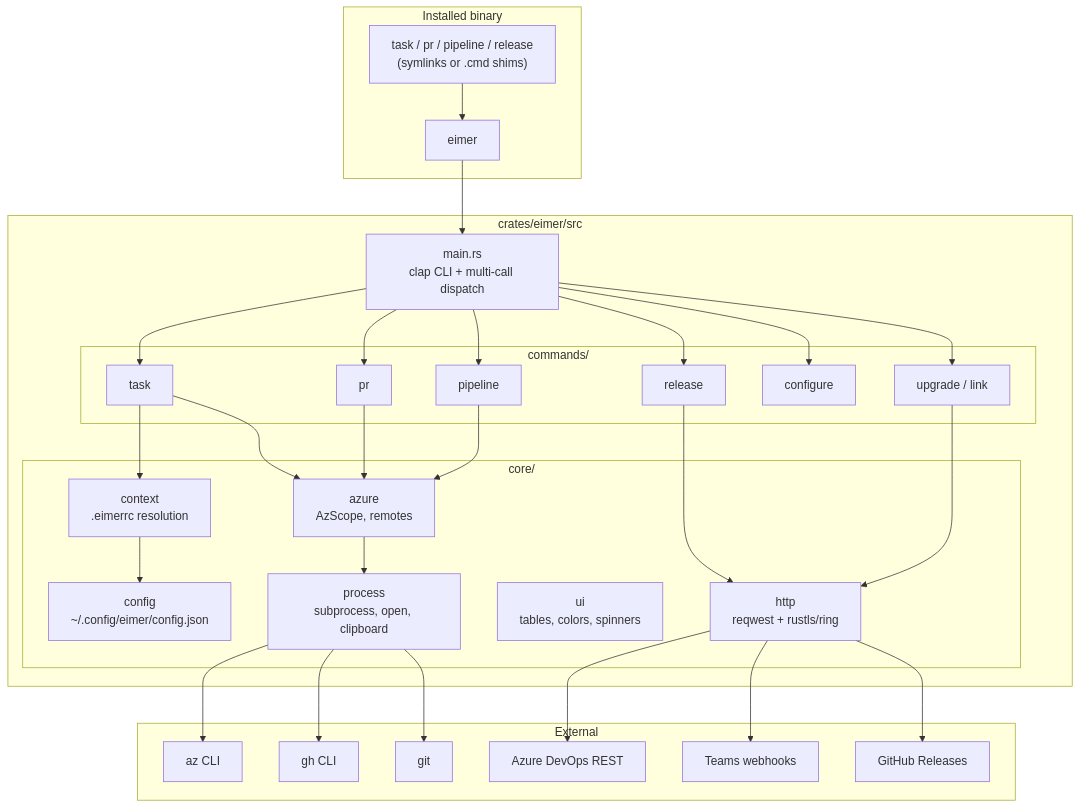
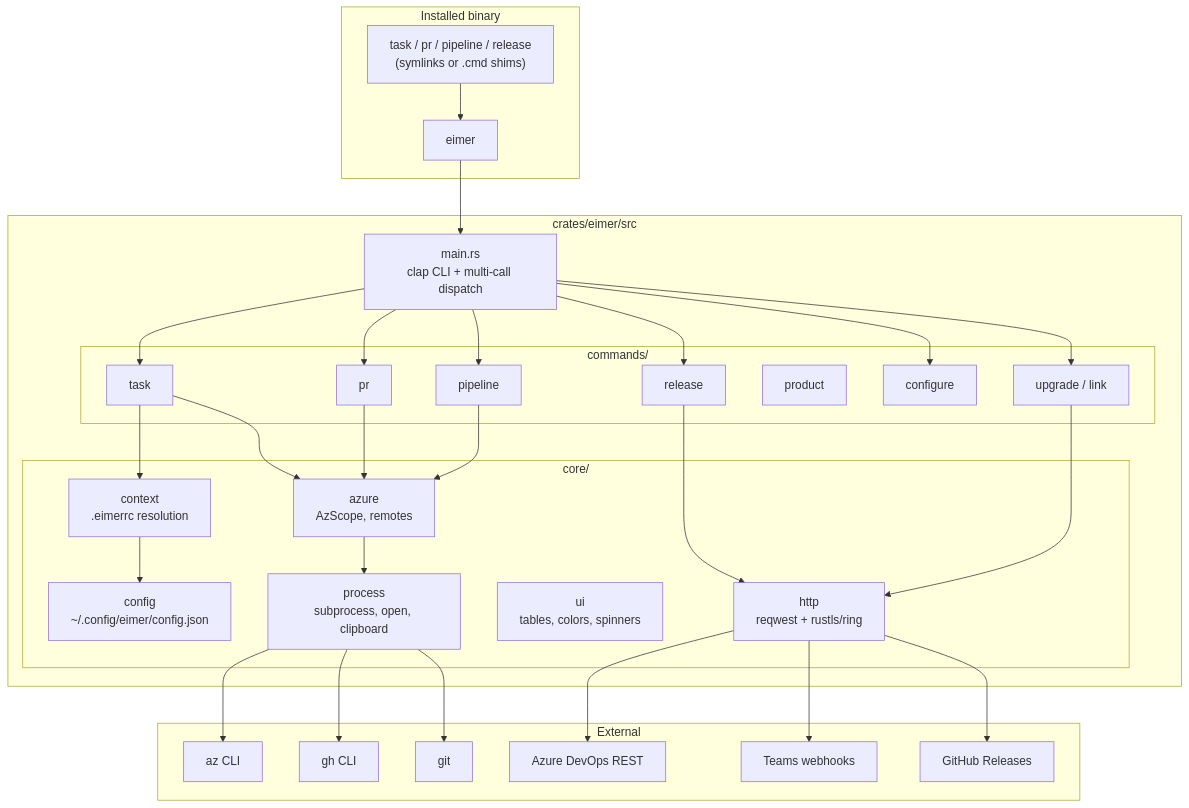
The diagram in docs/architecture.md (eimerreis/eimer-cli), drawn with Mermaid before and after one commit. The commit also changed other lines of this file and 23 other files, not shown here.

````diff
--- a/docs/architecture.md
+++ b/docs/architecture.md
@@ -10,44 +10,45 @@
 ```mermaid
 graph TB
     subgraph "Installed binary"
         EIMER[eimer]
         LINKS["task / pr / pipeline / release<br/>(symlinks or .cmd shims)"]
     end
 
     subgraph "crates/eimer/src"
         MAIN[main.rs<br/>clap CLI + multi-call dispatch]
         subgraph "commands/"
             TASK[task]
             PR[pr]
             PIPE[pipeline]
             REL[release]
+            PROD[product]
             CFGCMD[configure]
             UPG[upgrade / link]
         end
         subgraph "core/"
             CTX[context<br/>.eimerrc resolution]
             CFG["config<br/>~/.config/eimer/config.json"]
             AZ[azure<br/>AzScope, remotes]
             PROC[process<br/>subprocess, open, clipboard]
             UI[ui<br/>tables, colors, spinners]
             HTTP[http<br/>reqwest + rustls/ring]
         end
     end
 
     subgraph "External"
         AZCLI[az CLI]
         GH[gh CLI]
         GIT[git]
         ADO[Azure DevOps REST]
         TEAMS[Teams webhooks]
         GHREL[GitHub Releases]
     end
 
     LINKS --> EIMER --> MAIN
     MAIN --> TASK & PR & PIPE & REL & CFGCMD & UPG
     TASK --> CTX --> CFG
     TASK & PR & PIPE --> AZ --> PROC
     PROC --> AZCLI & GH & GIT
     REL --> HTTP --> ADO & TEAMS
     UPG --> HTTP --> GHREL
 ```
````
